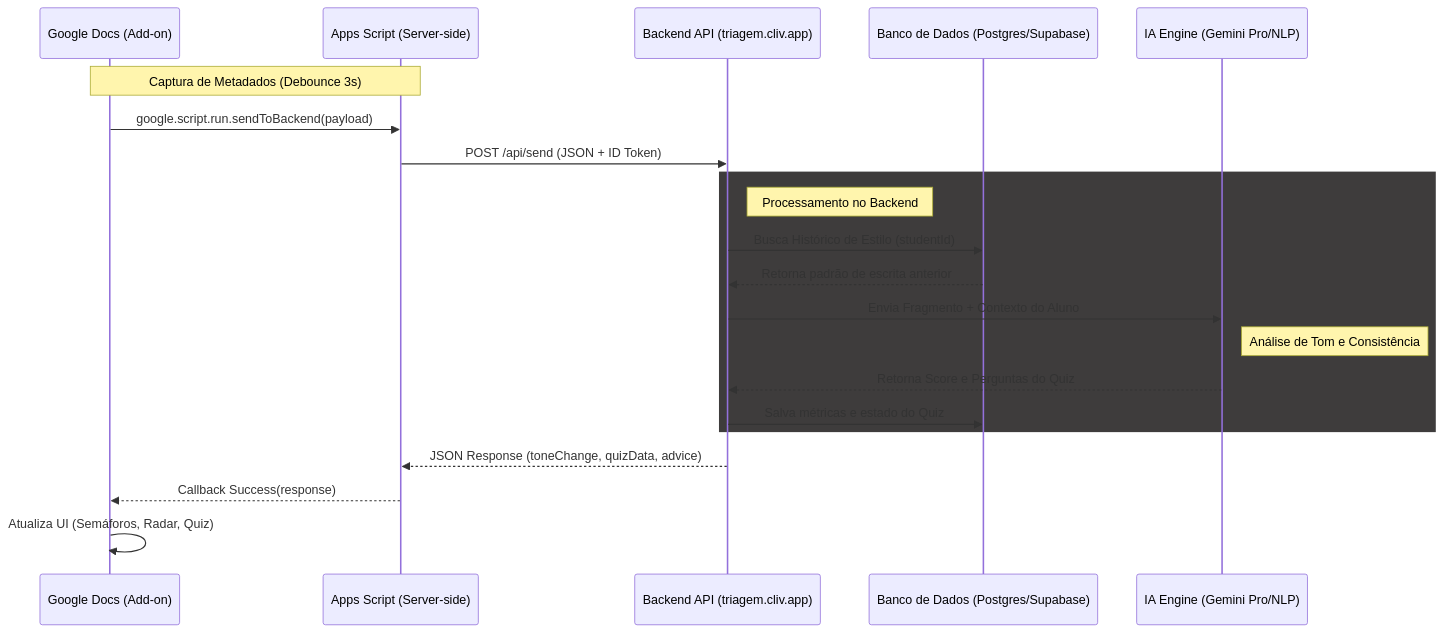
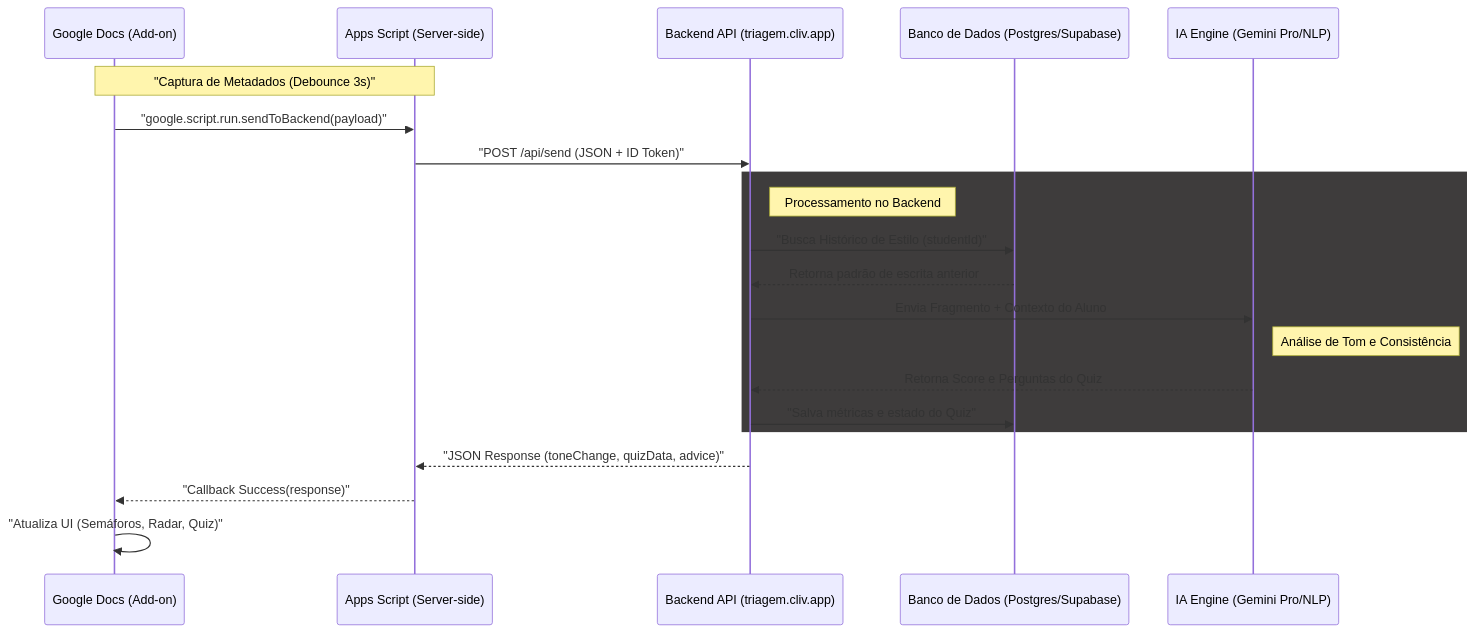
Before and after one commit to b566776/whitebox: the third of 3 diagrams in docs/Fluxo de Processo - EvidencIA.md, drawn with Mermaid. The commit also changed other lines of this file and 12 other files, not shown here.

````diff
--- a/docs/Fluxo de Processo - EvidencIA.md
+++ b/docs/Fluxo de Processo - EvidencIA.md
@@ -129,30 +137,30 @@
 ```mermaid
 sequenceDiagram
     participant AD as Google Docs (Add-on)
     participant GS as Apps Script (Server-side)
     participant BE as Backend API (triagem.cliv.app)
     participant DB as Banco de Dados (Postgres/Supabase)
     participant AI as IA Engine (Gemini Pro/NLP)
 
-    Note over AD, GS: Captura de Metadados (Debounce 3s)
-    AD->>GS: google.script.run.sendToBackend(payload)
+    Note over AD, GS: "Captura de Metadados (Debounce 3s)"
+    AD->>GS: "google.script.run.sendToBackend(payload)"
     
-    GS->>BE: POST /api/send (JSON + ID Token)
+    GS->>BE: "POST /api/send (JSON + ID Token)"
     
     rect rgba(62, 60, 60, 1)
         Note right of BE: Processamento no Backend
-        BE->>DB: Busca Histórico de Estilo (studentId)
+        BE->>DB: "Busca Histórico de Estilo (studentId)"
         DB-->>BE: Retorna padrão de escrita anterior
         
         BE->>AI: Envia Fragmento + Contexto do Aluno
         Note right of AI: Análise de Tom e Consistência
         AI-->>BE: Retorna Score e Perguntas do Quiz
         
-        BE->>DB: Salva métricas e estado do Quiz
+        BE->>DB: "Salva métricas e estado do Quiz"
     end
     
-    BE-->>GS: JSON Response (toneChange, quizData, advice)
-    GS-->>AD: Callback Success(response)
+    BE-->>GS: "JSON Response (toneChange, quizData, advice)"
+    GS-->>AD: "Callback Success(response)"
     
-    AD->>AD: Atualiza UI (Semáforos, Radar, Quiz)
+    AD->>AD: "Atualiza UI (Semáforos, Radar, Quiz)"
 ```
````
